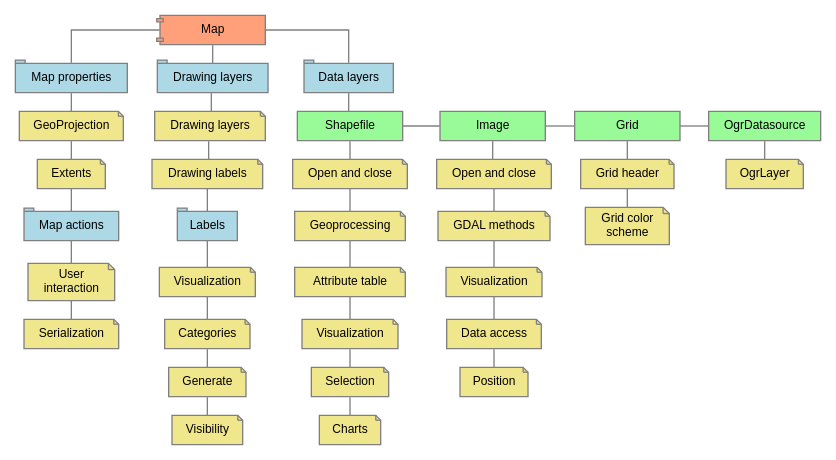
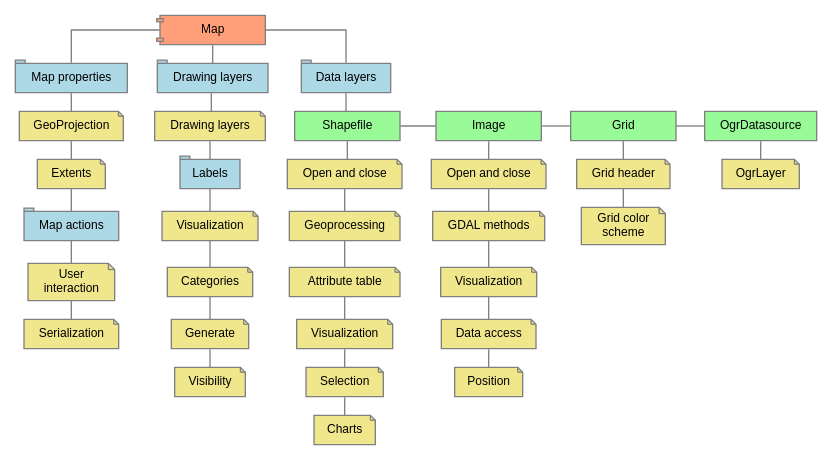
The diagram in Documentation/Resources/graphs/general_groups.dot (MapWindow/MapWinGIS), drawn with Graphviz before and after one commit. The commit also changed 3 other files, not shown here.

```diff
--- a/Documentation/Resources/graphs/general_groups.dot
+++ b/Documentation/Resources/graphs/general_groups.dot
@@ -1,78 +1,77 @@
 digraph map_actions {
  splines=ortho;
  ranksep=0.2;
  nodesep=0.3;
 
  node   [shape = polygon, peripheries = 1, fontname=Helvetica, fontsize=9, fillcolor = lightsalmon, color = "gray", style = filled, height = 0.3, width = 1.1];
 
  node [shape = component]
  m      [label="Map" URL="\ref AxMap"];
  node   [shape= "polygon", fillcolor = palegreen]
  sf     [label="Shapefile" URL="\ref Shapefile"];
  img    [label="Image" URL="\ref Image"];	
  grid    [label="Grid" URL="\ref Grid"];	
  ogrds    [label="OgrDatasource" URL="\ref OgrDatasource"];	
  
  layer  [style = invis] 
 
  node   [shape= "tab", color = "gray", fillcolor = lightblue, width = 0.3, height = 0.3, color = gray]
  map4   [ label="Map properties"];
  lbs    [label="Labels"     URL="\ref Labels"];
  map1   [ label="Map actions"];
  map2   [ label="Drawing layers" URL="\ref map_drawing_layers"];
  map3   [ label="Data layers" URL="\ref map_layer_management"];
 
  node   [shape = "note", width = 0.3, height = 0.3, peripheries = 1 fillcolor = "khaki" ]
  ser    [label="Serialization"               URL="\ref map_serialization"];
  int    [label="User \ninteraction"          URL="\ref map_interaction"];
  
  sfviz  [label= "Visualization"   URL="\ref ShapeDrawingOptions"];
  gpr    [label="Geoprocessing" URL="\ref shapefile_geoprocessing"];
  sf_mng [label="Open and close"    URL="\ref shapefile_management"];
  attr   [label="Attribute table"    URL="\ref shapefile_table"];
  charts [label = "Charts" URL="\ref Charts"];
  sfsel  [label = "Selection" URL="\ref shapefile_selection"]
  
  img_gdal     [label="GDAL methods"    URL="\ref image_gdal"];
  img_open     [label="Open and close"    URL="\ref image_common"];
  img_position [label="Position"    	URL="\ref image_position"];
  img_data     [label="Visualization"    URL="\ref image_visualization"];
  img_visual   [label="Data access"      URL="\ref image_data"];
 
  gr_header [label="Grid header" URL="\ref GridHeader"];
  gr_scheme [label="Grid color \nscheme" URL="\ref GridColorScheme"];
 
  ogr    [label="OgrLayer" URL="\ref OgrLayer"];	
  
  lb_gen [label="Generate" URL="\ref labels_management"];
  lb_cat [label="Categories" URL="\ref labels_categories"];
  lb_visual [label="Visualization" URL="\ref labels_visualization"];
  lb_vis [label="Visibility" URL="\ref labels_visibility"];
 
  drlyr [label="Drawing layers" URL="\ref map_drawing_layers"];
- drlb  [label="Drawing labels" URL="\ref map_drawing_labels"];
-
+ 
  proj [label = "GeoProjection" URL="\ref GeoProjection"]
  ext [label = "Extents" URL="\ref Extents"]
 
  edge [dir = none, arrowhead="open", style = solid, arrowsize = 0.6, fontname = "Arial", fontsize = 9, fontcolor = blue, color = "#808080", constraint = true]
  m -> map4 -> proj -> ext -> map1 -> int -> ser;  
- m -> map2 -> drlyr -> drlb -> lbs -> lb_visual -> lb_cat -> lb_gen -> lb_vis;
+ m -> map2 -> drlyr -> lbs -> lb_visual -> lb_cat -> lb_gen -> lb_vis;
  m -> map3 -> sf;
 
  sf -> sf_mng -> gpr -> attr -> sfviz -> sfsel -> charts;
  img -> img_open -> img_gdal -> img_data -> img_visual -> img_position;
  grid -> gr_header -> gr_scheme;
  ogrds -> ogr;
  
  edge [constraint = false]
  sf -> img;
  img -> grid;
  grid -> ogrds;
 
  edge [style = invis, constraint = true]
  layer -> sf;
  layer -> img;
  layer -> grid;
  layer -> ogrds;
 }
```
